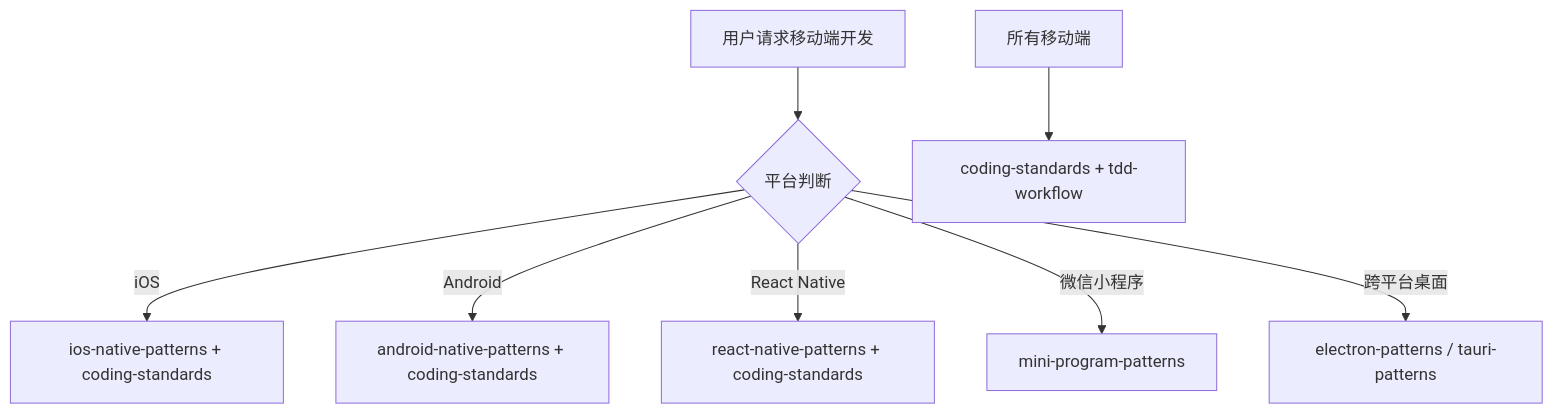
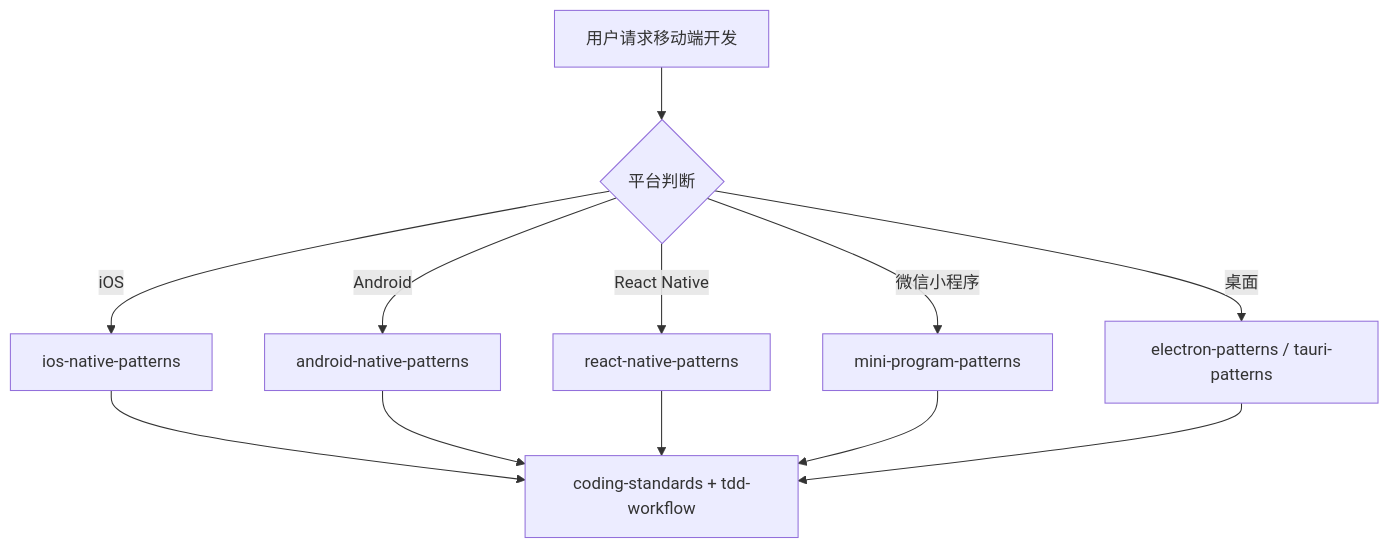
One commit to Tooooommy/Trae-Workflow changed the diagram in agents/mobile-team.md. Above: the diagram before and after it, drawn with Mermaid. The commit also changed other lines of this file and 11 other files, not shown here.

````diff
--- a/agents/mobile-team.md
+++ b/agents/mobile-team.md
@@ -27,11 +27,15 @@
 ```mermaid
 flowchart TD
     A[用户请求移动端开发] --> B{平台判断}
-    B -->|iOS| C[ios-native-patterns + coding-standards]
-    B -->|Android| D[android-native-patterns + coding-standards]
-    B -->|React Native| E[react-native-patterns + coding-standards]
+    B -->|iOS| C[ios-native-patterns]
+    B -->|Android| D[android-native-patterns]
+    B -->|React Native| E[react-native-patterns]
     B -->|微信小程序| F[mini-program-patterns]
-    B -->|跨平台桌面| G[electron-patterns / tauri-patterns]
-    
-    所有移动端 --> H[coding-standards + tdd-workflow]
+    B -->|桌面| G[electron-patterns / tauri-patterns]
+
+    C --> H[coding-standards + tdd-workflow]
+    D --> H
+    E --> H
+    F --> H
+    G --> H
 ```
````
